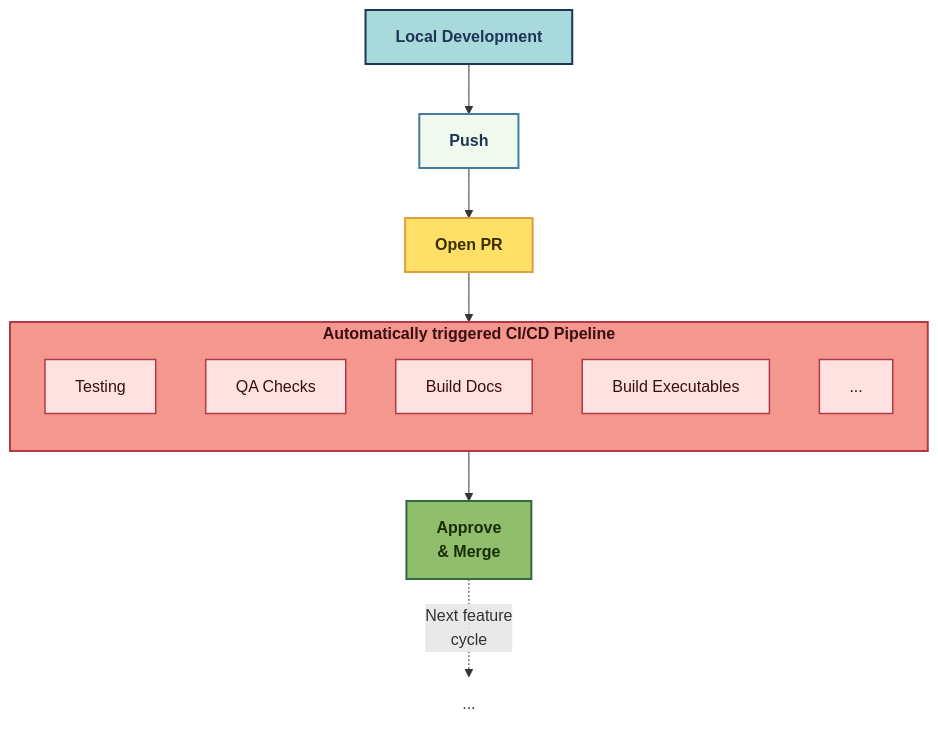
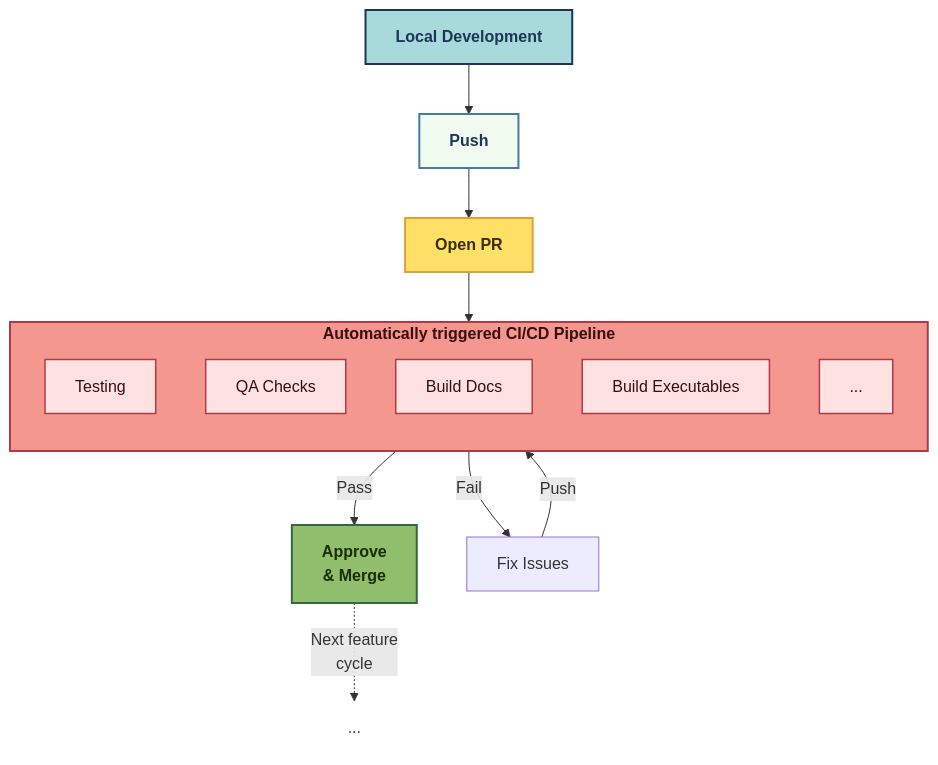
One commit to ImperialCollegeLondon/rse_further_git_course changed the diagram in episodes/09-continuous_integration.md. Above: the diagram before and after it, drawn with Mermaid.

Commit message:
Add fix section

````diff
--- a/episodes/09-continuous_integration.md
+++ b/episodes/09-continuous_integration.md
@@ -70,41 +70,43 @@
 ```mermaid
 flowchart TB
 
   accTitle: {Typical development workflow using a CI/CD pipeline.}
   accDescr: {Development workflow from local development, pushing the changes to GitHub, opening a pull request, automatically runnig the CI/CD pipeline in GitHub Actions, approving, merging and back at local development.}
 
   A[Local Development]
   B[Push]
   C[Open PR]
 
   subgraph D[Automatically triggered CI/CD Pipeline]
       direction TB
       D1[Testing]
       D2[QA Checks]
       D3[Build Docs]
       D4[Build Executables]
       D5[...]
   end
 
   E[Approve<br>& Merge]
+  F[Fix Issues]
   A2[...]
 
-  A --> B --> C --> D --> E
+  A --> B --> C --> D --> |Pass| E
+  D --> |Fail| F --> |Push| D
   E -.->|Next feature<br>cycle| A2
 
   classDef local fill:#a8dadc,stroke:#1d3557,stroke-width:2px,color:#1d3557,font-weight:bold;
   classDef push fill:#f1faee,stroke:#457b9d,stroke-width:2px,color:#1d3557,font-weight:bold;
   classDef pr fill:#ffe066,stroke:#e09f3e,stroke-width:2px,color:#3a2e00,font-weight:bold;
   classDef cicd fill:#f4978e,stroke:#b23a48,stroke-width:2px,color:#3a0d10,font-weight:bold;
   classDef release fill:#90be6d,stroke:#386641,stroke-width:2px,color:#1a2e05,font-weight:bold;
   classDef subtask fill:#fde2e1,stroke:#b23a48,stroke-width:1.5px,color:#3a0d10;
   classDef invisible fill:none,stroke:none;
 
   class A local;
   class B push;
   class C pr;
   class D cicd;
   class E release;
   class D1,D2,D3,D4,D5 subtask;
   class A2 invisible;
 ```
````
